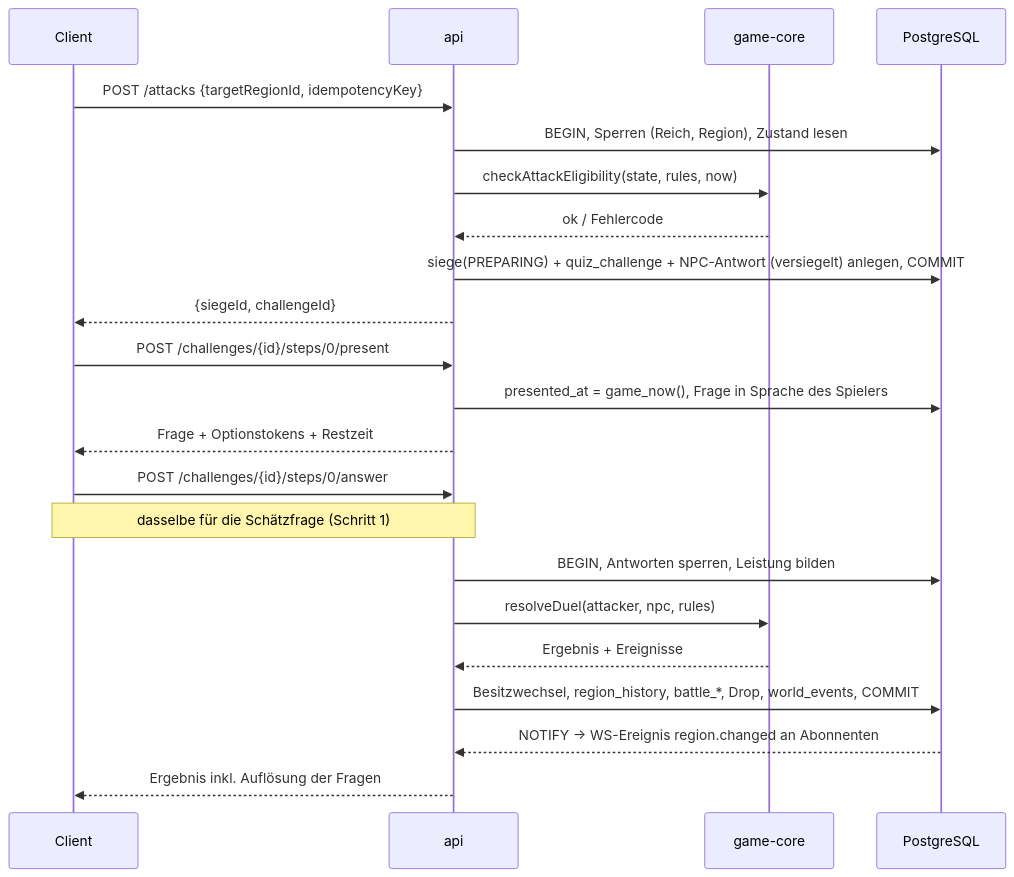
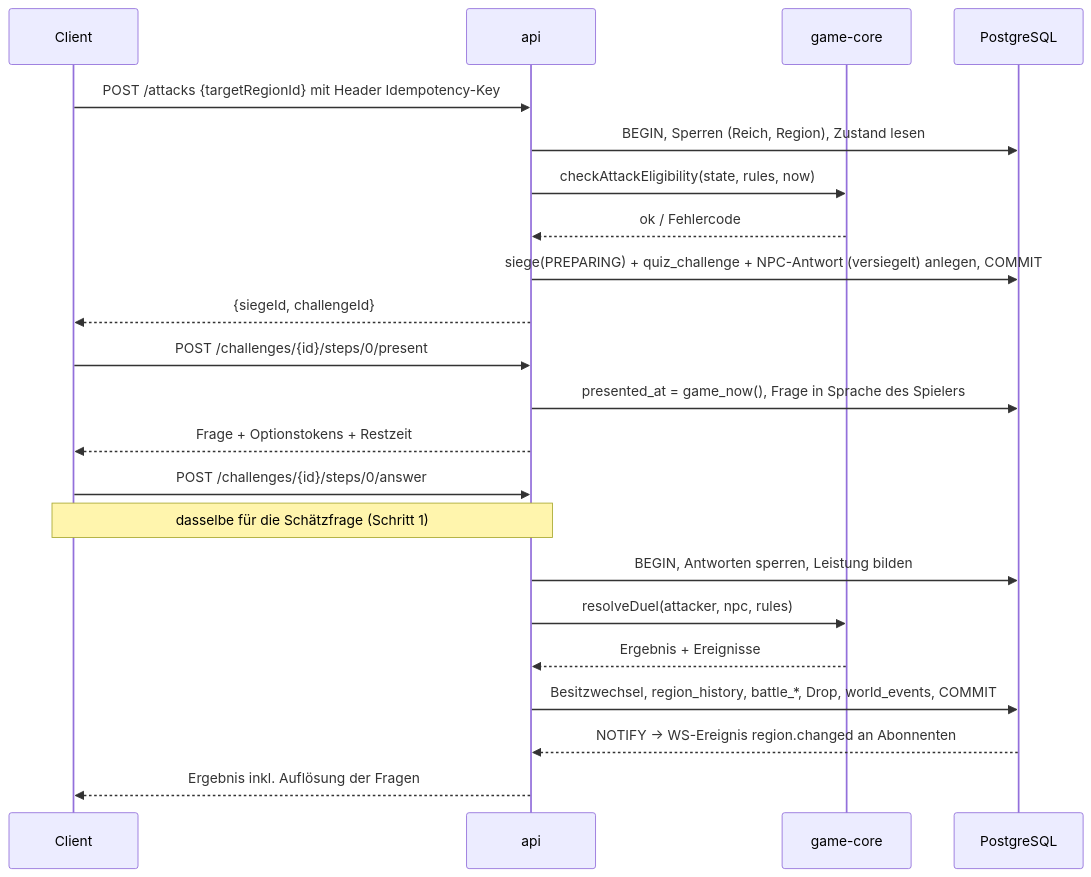
The third of 3 diagrams in docs/ARCHITECTURE.md (cibakhun/trivia-game), drawn with Mermaid before and after one commit. The commit also changed other lines of this file and 16 other files, not shown here.

````diff
--- a/docs/ARCHITECTURE.md
+++ b/docs/ARCHITECTURE.md
@@ -116,24 +116,24 @@
 ```mermaid
 sequenceDiagram
   participant C as Client
   participant API as api
   participant Core as game-core
   participant DB as PostgreSQL
-  C->>API: POST /attacks {targetRegionId, idempotencyKey}
+  C->>API: POST /attacks {targetRegionId} mit Header Idempotency-Key
   API->>DB: BEGIN, Sperren (Reich, Region), Zustand lesen
   API->>Core: checkAttackEligibility(state, rules, now)
   Core-->>API: ok / Fehlercode
   API->>DB: siege(PREPARING) + quiz_challenge + NPC-Antwort (versiegelt) anlegen, COMMIT
   API-->>C: {siegeId, challengeId}
   C->>API: POST /challenges/{id}/steps/0/present
   API->>DB: presented_at = game_now(), Frage in Sprache des Spielers
   API-->>C: Frage + Optionstokens + Restzeit
   C->>API: POST /challenges/{id}/steps/0/answer
   Note over C,API: dasselbe für die Schätzfrage (Schritt 1)
   API->>DB: BEGIN, Antworten sperren, Leistung bilden
   API->>Core: resolveDuel(attacker, npc, rules)
   Core-->>API: Ergebnis + Ereignisse
   API->>DB: Besitzwechsel, region_history, battle_*, Drop, world_events, COMMIT
   DB-->>API: NOTIFY → WS-Ereignis region.changed an Abonnenten
   API-->>C: Ergebnis inkl. Auflösung der Fragen
 ```
````
